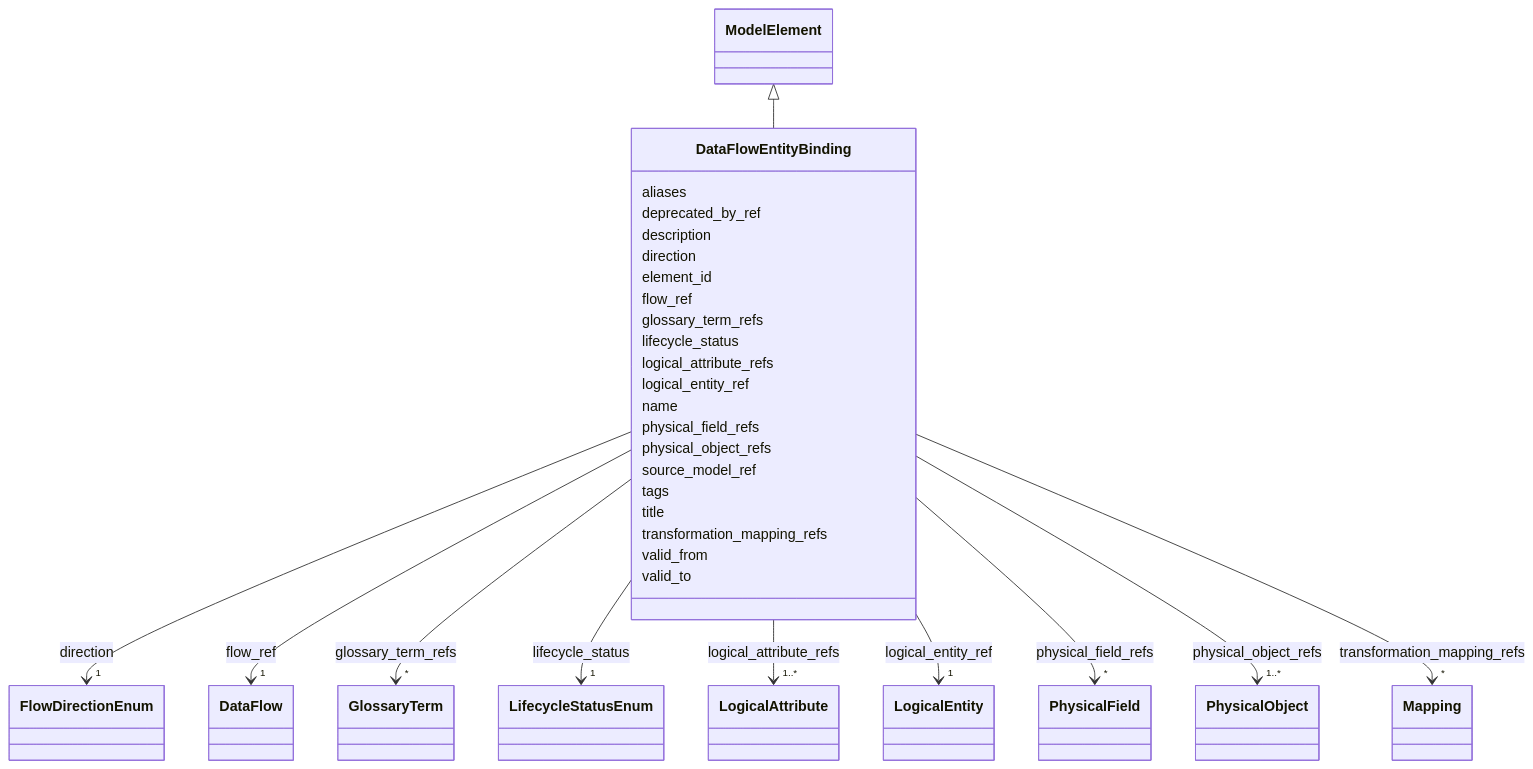
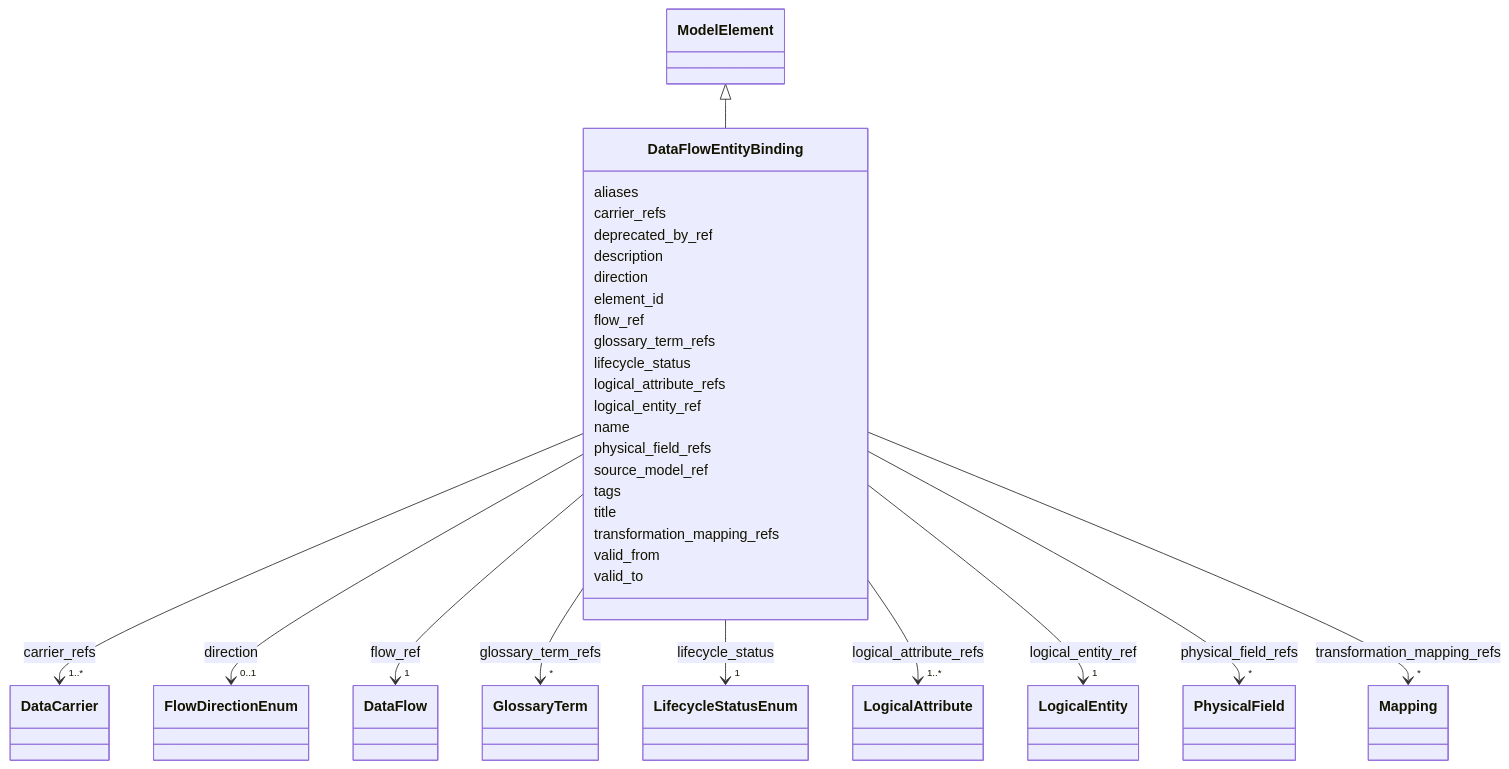
The diagram in generated/artifacts/moex-dams/0.1/diagrams/DataFlowEntityBinding.md (oista/moex-data-model), drawn with Mermaid before and after one commit. The commit also changed 163 other files, not shown here.

First line of the commit message:
feat: refactor physical object handling to technical asset model

```diff
--- a/generated/artifacts/moex-dams/0.1/diagrams/DataFlowEntityBinding.md
+++ b/generated/artifacts/moex-dams/0.1/diagrams/DataFlowEntityBinding.md
@@ -9,6 +9,17 @@
         click ModelElement href "../ModelElement"
       
       DataFlowEntityBinding : aliases
+        
+      DataFlowEntityBinding : carrier_refs
+        
+          
+    
+        
+        
+        DataFlowEntityBinding --> "1..*" DataCarrier : carrier_refs
+        click DataCarrier href "../DataCarrier"
+    
+
         
       DataFlowEntityBinding : deprecated_by_ref
         
@@ -20,7 +31,7 @@
     
         
         
-        DataFlowEntityBinding --> "1" FlowDirectionEnum : direction
+        DataFlowEntityBinding --> "0..1" FlowDirectionEnum : direction
         click FlowDirectionEnum href "../FlowDirectionEnum"
     
 
@@ -95,17 +106,6 @@
     
 
         
-      DataFlowEntityBinding : physical_object_refs
-        
-          
-    
-        
-        
-        DataFlowEntityBinding --> "1..*" PhysicalObject : physical_object_refs
-        click PhysicalObject href "../PhysicalObject"
-    
-
-        
       DataFlowEntityBinding : source_model_ref
         
       DataFlowEntityBinding : tags
```
